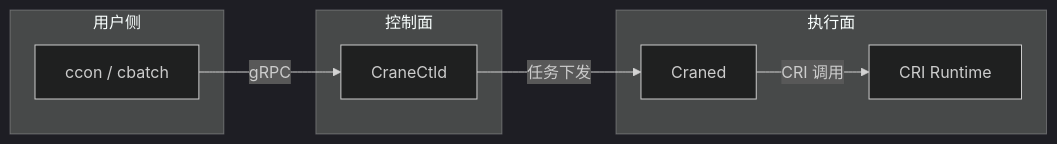
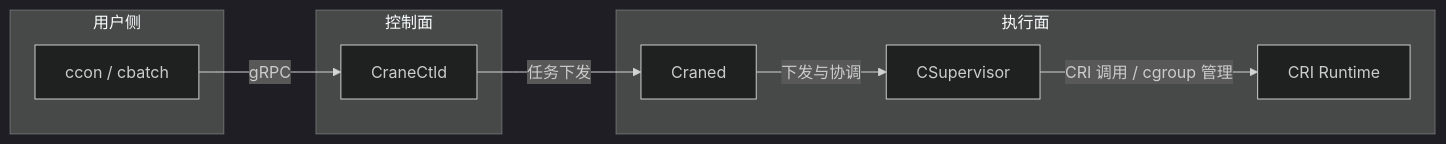
The fourth of 4 diagrams in docs/zh/reference/container/concepts.md (PKUHPC/CraneSched), drawn with Mermaid (dark theme) before and after one commit. The commit also changed other lines of this file and 4 other files, not shown here.

````diff
--- a/docs/zh/reference/container/concepts.md
+++ b/docs/zh/reference/container/concepts.md
@@ -232,16 +220,18 @@
 ```mermaid
 flowchart LR
     subgraph 用户侧
         CLI[ccon / cbatch]
     end
     subgraph 控制面
         Ctld[CraneCtld]
     end
     subgraph 执行面
         Craned[Craned]
+        CSuper[CSupervisor]
         CRI[CRI Runtime]
     end
     CLI -->|gRPC| Ctld
     Ctld -->|任务下发| Craned
-    Craned -->|CRI 调用| CRI
+    Craned -->|下发与协调| CSuper
+    CSuper -->|CRI 调用 / cgroup 管理| CRI
 ```
````
